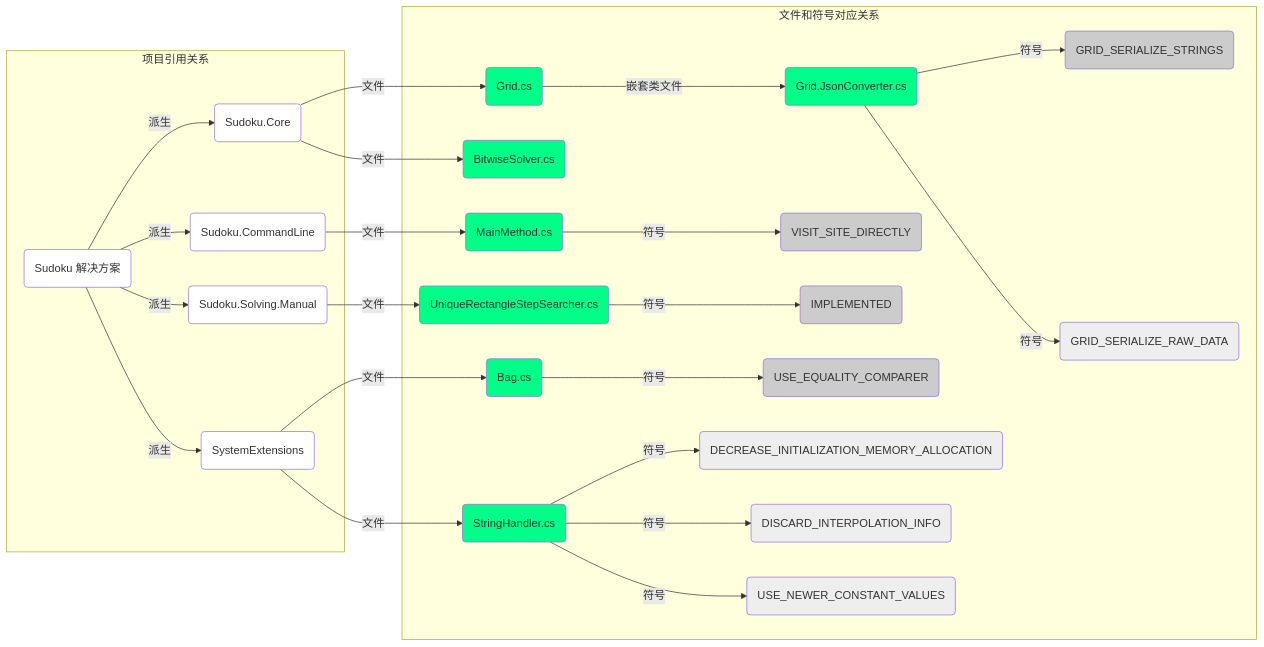
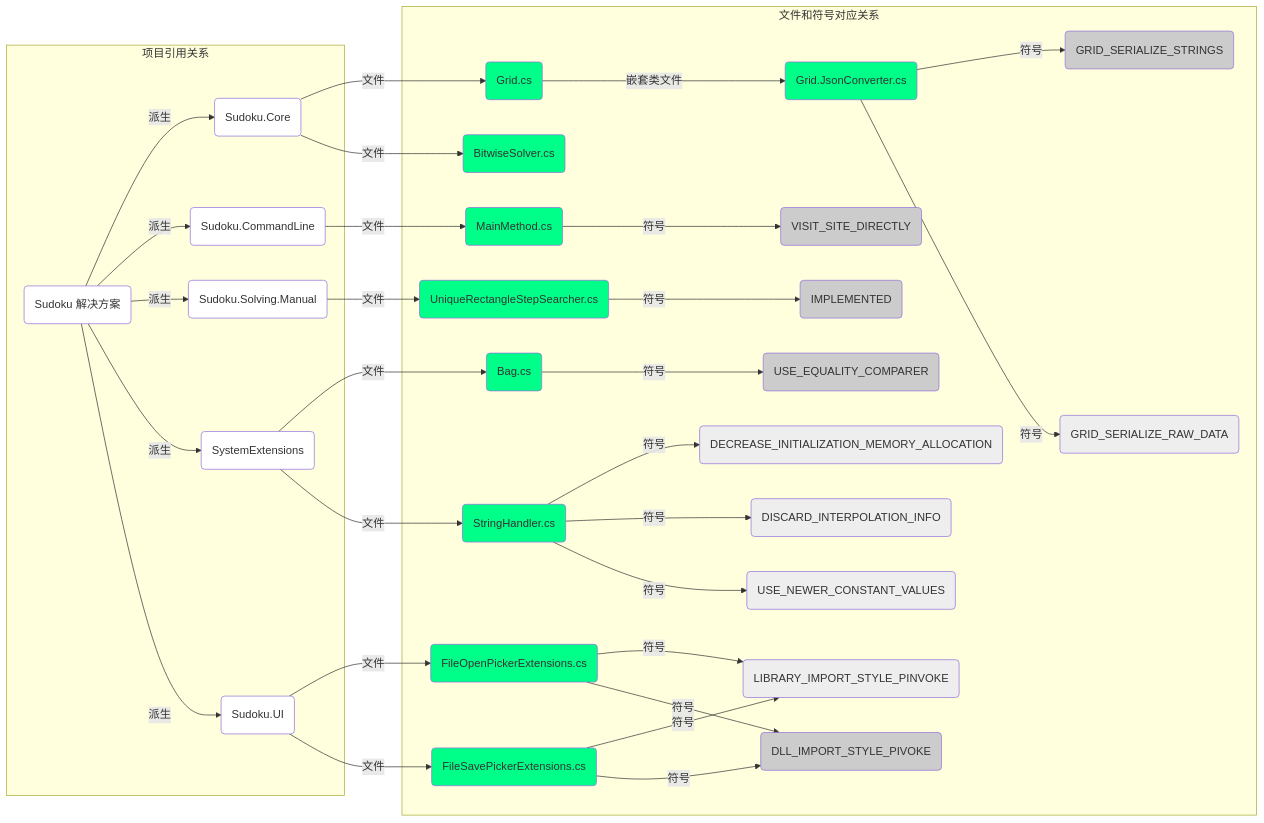
The diagram in docs/compilation-symbols.md (KyouyamaKazusa0805/Sudoku), drawn with Mermaid before and after one commit. The commit also changed other lines of this file and 41 other files, not shown here.

````diff
--- a/docs/compilation-symbols.md
+++ b/docs/compilation-symbols.md
@@ -20,61 +22,75 @@
 ```mermaid
 graph LR
     subgraph 项目引用关系
         Z(Sudoku 解决方案) -->|派生| P1(Sudoku.Core)
         Z -->|派生| P3(Sudoku.CommandLine)
         Z -->|派生| P4(Sudoku.Solving.Manual)
         Z -->|派生| P2(SystemExtensions)
+        Z -->|派生| P5(Sudoku.UI)
         style Z fill:#FFF
         click Z "https://github.com/SunnieShine/Sudoku" _blank
         click P1 "https://github.com/SunnieShine/Sudoku/tree/main/src/Sudoku.Core" _blank
         click P2 "https://github.com/SunnieShine/Sudoku/tree/main/src/System" _blank
         click P3 "https://github.com/SunnieShine/Sudoku/tree/main/src/Sudoku.CommandLine" _blank
         click P4 "https://github.com/SunnieShine/Sudoku/tree/main/src/Sudoku.Solving.Manual" _blank
-        click P5 "https://github.com/SunnieShine/Sudoku/tree/main/src/Sudoku.UI" _blank
+        click P5 "https://github.com/SunnieShine/Sudoku/tree/main/src/Sudoku.UI.Core" _blank
     end
 
     subgraph 文件和符号对应关系
         P1 -->|文件| A(Grid.cs)
         P1 -->|文件| D(BitwiseSolver.cs)
         P2 -->|文件| C(Bag.cs)
         P2 -->|文件| G(StringHandler.cs)
         P3 -->|文件| F(MainMethod.cs)
         P4 -->|文件| H(UniqueRectangleStepSearcher.cs)
+        P5 -->|文件| I(FileOpenPickerExtensions.cs)
+        P5 -->|文件| J(FileSavePickerExtensions.cs)
         style P1 fill:#FFF
         style P2 fill:#FFF
         style P3 fill:#FFF
         style P4 fill:#FFF
+        style P5 fill:#FFF
         style A fill:#0F8
         style B fill:#0F8
         style C fill:#0F8
         style D fill:#0F8
         style F fill:#0F8
         style G fill:#0F8
         style H fill:#0F8
+        style I fill:#0F8
+        style J fill:#0F8
         click A "https://github.com/SunnieShine/Sudoku/blob/main/src/Sudoku.Core/Collections/Grid.cs" _blank
+        click B "https://github.com/SunnieShine/Sudoku/blob/main/src/Sudoku.Core/Collections/Grid.JsonConverter.cs" _blank
         click C "https://github.com/SunnieShine/Sudoku/blob/main/src/System/Collections/Generic/Bag.cs" _blank
         click D "https://github.com/SunnieShine/Sudoku/blob/main/src/Sudoku.Core/Solving/BitwiseSolver.cs" _blank
         click F "https://github.com/SunnieShine/Sudoku/tree/main/src/Sudoku.CommandLine/MainMethod.cs" _blank
         click G "https://github.com/SunnieShine/Sudoku/blob/main/src/System/Text/StringHandler.cs" _blank
         click H "https://github.com/SunnieShine/Sudoku/blob/main/src/Sudoku.Solving/Solving/Manual/Searchers/DeadlyPatterns/Rectangles/UniqueRectangleStepSearcher.cs" _blank
+        click I "https://github.com/SunnieShine/Sudoku/blob/main/src/Sudoku.UI.Core/Extensions/FileOpenPickerExtensions.cs" _blank
+        click J "https://github.com/SunnieShine/Sudoku/blob/main/src/Sudoku.UI.Core/Extensions/FileSavePickerExtensions.cs" _blank
 
         A -->|嵌套类文件| B(Grid.JsonConverter.cs)
         B -->|符号| S3(GRID_SERIALIZE_STRINGS)
         B -->|符号| S4(GRID_SERIALIZE_RAW_DATA)
         C -->|符号| S5(USE_EQUALITY_COMPARER)
         F -->|符号| S7(VISIT_SITE_DIRECTLY)
         G -->|符号| S8(DECREASE_INITIALIZATION_MEMORY_ALLOCATION)
         G -->|符号| S9(DISCARD_INTERPOLATION_INFO)
         G -->|符号| S10(USE_NEWER_CONSTANT_VALUES)
         H -->|符号| S11(IMPLEMENTED)
+        I -->|符号| S12(LIBRARY_IMPORT_STYLE_PINVOKE)
+        I -->|符号| S13(DLL_IMPORT_STYLE_PIVOKE)
+        J -->|符号| S12
+        J -->|符号| S13
         style S3 fill:#CCC
         style S4 fill:#EEE
         style S5 fill:#CCC
         style S7 fill:#CCC
         style S8 fill:#EEE
         style S9 fill:#EEE
         style S10 fill:#EEE
         style S11 fill:#CCC
-        click B "https://github.com/SunnieShine/Sudoku/blob/main/src/Sudoku.Core/Collections/Grid.JsonConverter.cs" _blank
+        style S12 fill:#EEE
+        style S13 fill:#CCC
     end
 ```
````
